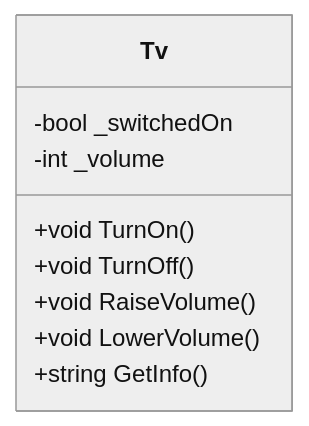
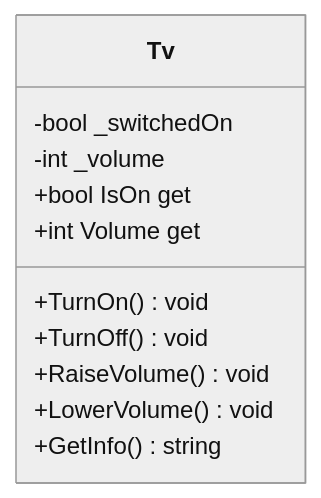
One commit to T-Boyke/C-Sharp-OOP-Fundamentals changed the diagram in 10_Classes/README.md. Above: the diagram before and after it, drawn with Mermaid (neutral theme). The commit also changed other lines of this file and 11 other files, not shown here.

````diff
--- a/10_Classes/README.md
+++ b/10_Classes/README.md
@@ -59,12 +37,14 @@
 ```mermaid
 classDiagram
     class Tv {
         -bool _switchedOn
         -int _volume
-        +void TurnOn()
-        +void TurnOff()
-        +void RaiseVolume()
-        +void LowerVolume()
-        +string GetInfo()
+        +bool IsOn get
+        +int Volume get
+        +TurnOn() void
+        +TurnOff() void
+        +RaiseVolume() void
+        +LowerVolume() void
+        +GetInfo() string
     }
 ```
````
